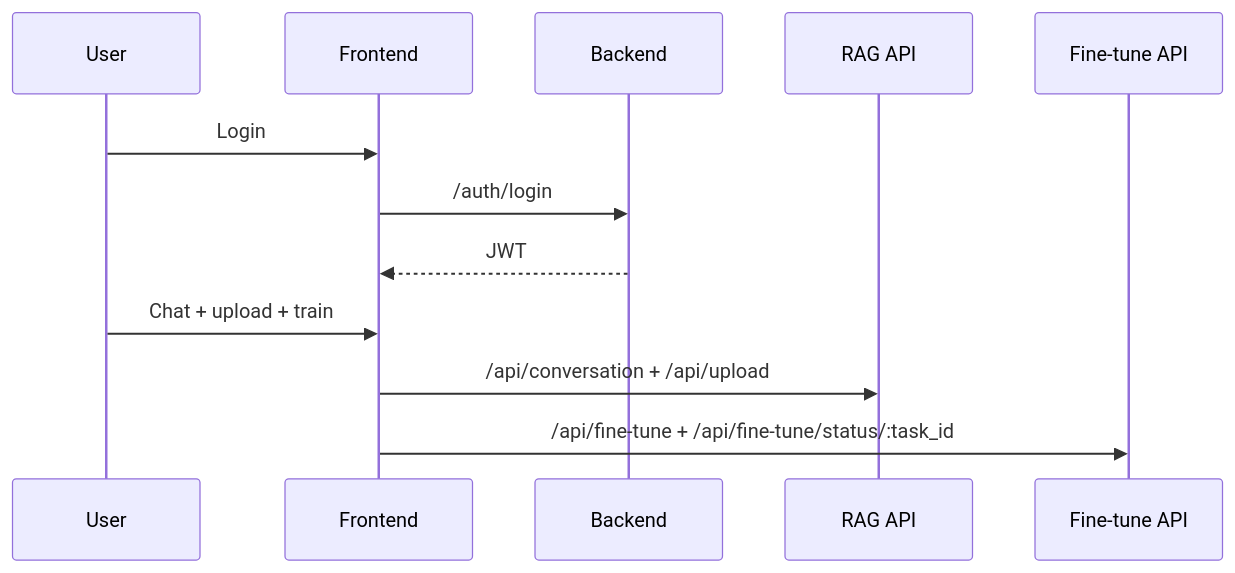
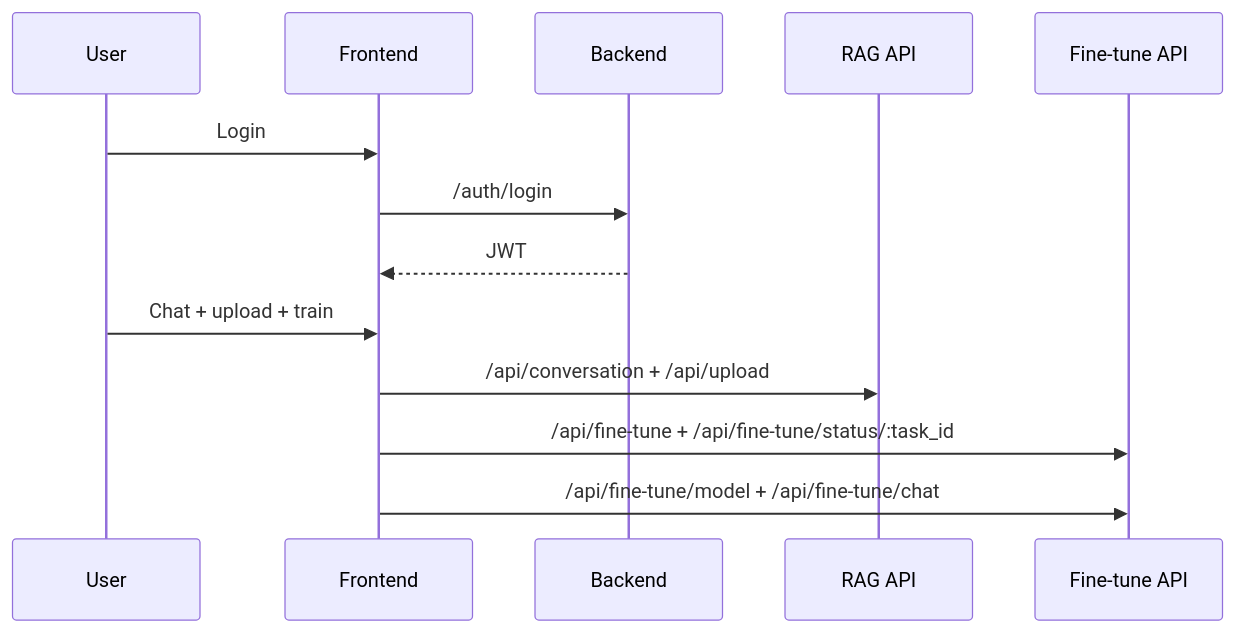
The second of 2 diagrams in engagemind-frontend/ARCHITECTURE.md (haseebraza715/EngageMind), drawn with Mermaid before and after one commit. The commit also changed other lines of this file and 13 other files, not shown here.

Commit message:
feat(frontend): improve chat flow, homepage UX, and regressions coverage

````diff
--- a/engagemind-frontend/ARCHITECTURE.md
+++ b/engagemind-frontend/ARCHITECTURE.md
@@ -38,15 +38,16 @@
 ```mermaid
 sequenceDiagram
   participant U as User
   participant FE as Frontend
   participant BE as Backend
   participant R as RAG API
   participant F as Fine-tune API
 
   U->>FE: Login
   FE->>BE: /auth/login
   BE-->>FE: JWT
   U->>FE: Chat + upload + train
   FE->>R: /api/conversation + /api/upload
   FE->>F: /api/fine-tune + /api/fine-tune/status/:task_id
+  FE->>F: /api/fine-tune/model + /api/fine-tune/chat
 ```
````
